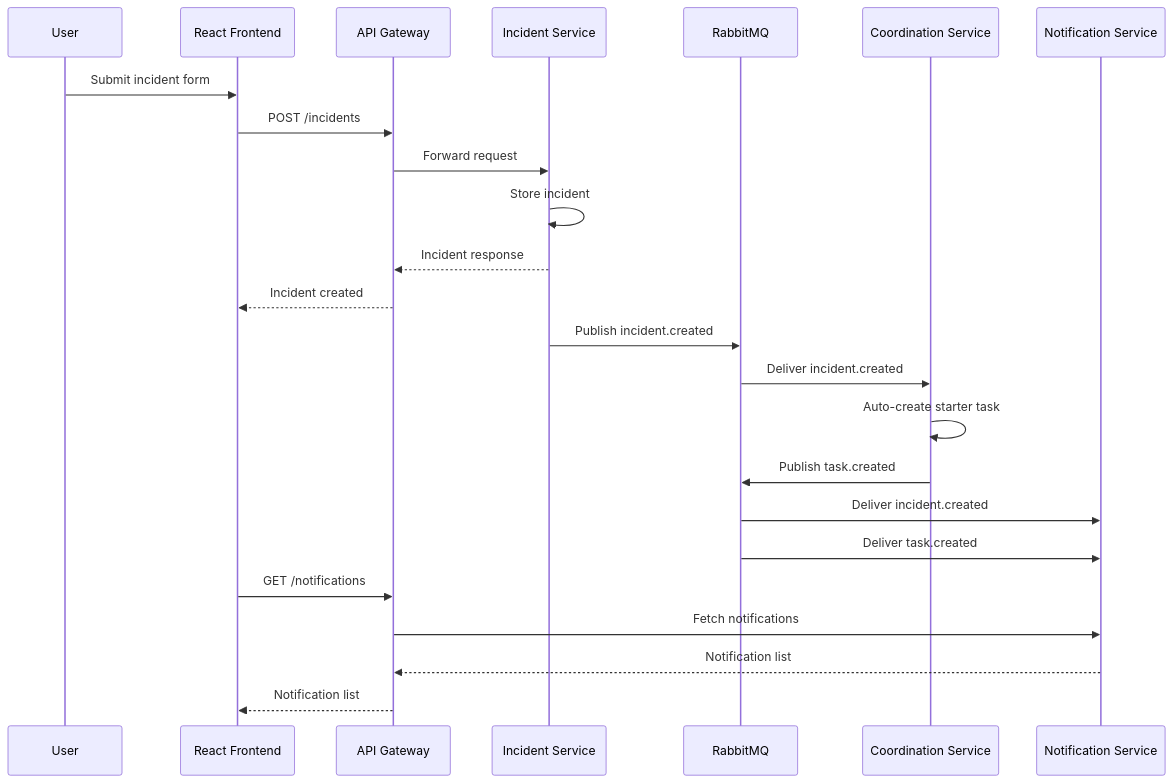
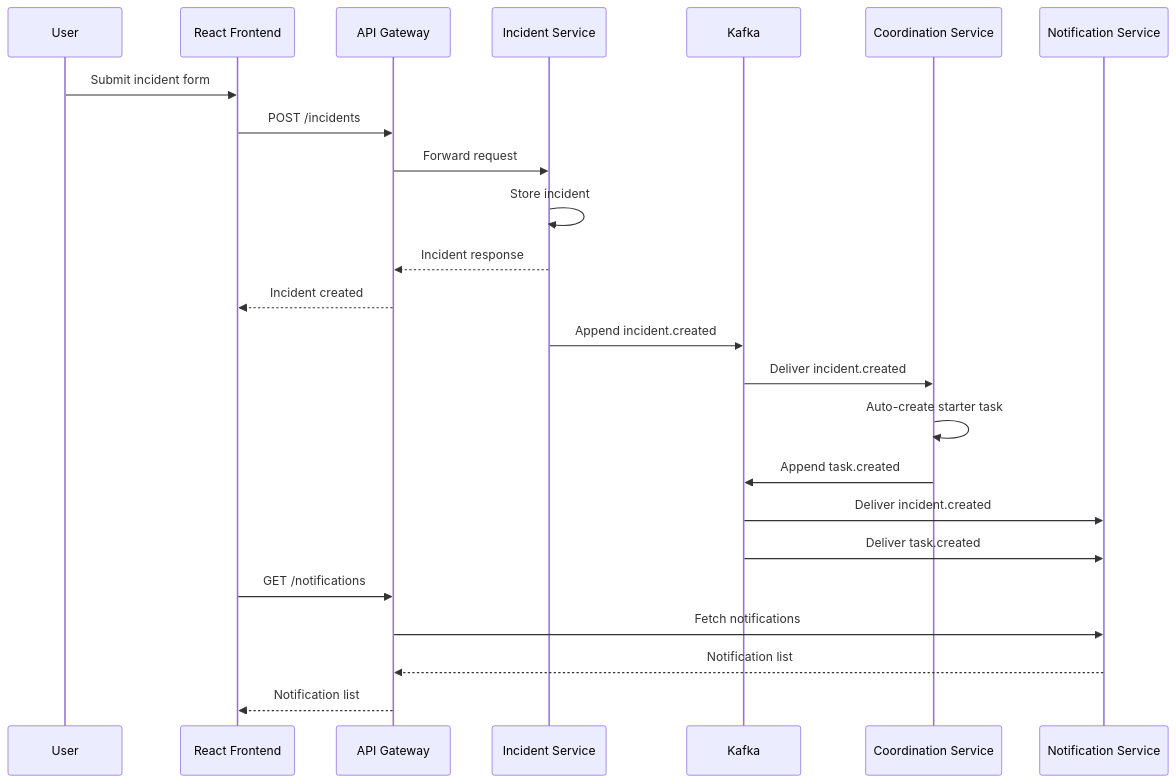
The second of 3 diagrams in docs/phase-3-architecture.md (hanzala-bhutto/Disaster-Response-Command-Platform), drawn with Mermaid before and after one commit. The commit also changed other lines of this file and 33 other files, not shown here.

First line of the commit message:
Refactor messaging system from RabbitMQ to Kafka across the platform

````diff
--- a/docs/phase-3-architecture.md
+++ b/docs/phase-3-architecture.md
@@ -44,27 +44,27 @@
 ```mermaid
 sequenceDiagram
 	participant User
 	participant Frontend as React Frontend
 	participant Gateway as API Gateway
 	participant Incident as Incident Service
-	participant RabbitMQ
+	participant Kafka
 	participant Coordination as Coordination Service
 	participant Notification as Notification Service
 
 	User->>Frontend: Submit incident form
 	Frontend->>Gateway: POST /incidents
 	Gateway->>Incident: Forward request
 	Incident->>Incident: Store incident
 	Incident-->>Gateway: Incident response
 	Gateway-->>Frontend: Incident created
-	Incident->>RabbitMQ: Publish incident.created
-	RabbitMQ->>Coordination: Deliver incident.created
+	Incident->>Kafka: Append incident.created
+	Kafka->>Coordination: Deliver incident.created
 	Coordination->>Coordination: Auto-create starter task
-	Coordination->>RabbitMQ: Publish task.created
-	RabbitMQ->>Notification: Deliver incident.created
-	RabbitMQ->>Notification: Deliver task.created
+	Coordination->>Kafka: Append task.created
+	Kafka->>Notification: Deliver incident.created
+	Kafka->>Notification: Deliver task.created
 	Frontend->>Gateway: GET /notifications
 	Gateway->>Notification: Fetch notifications
 	Notification-->>Gateway: Notification list
 	Gateway-->>Frontend: Notification list
 ```
````
